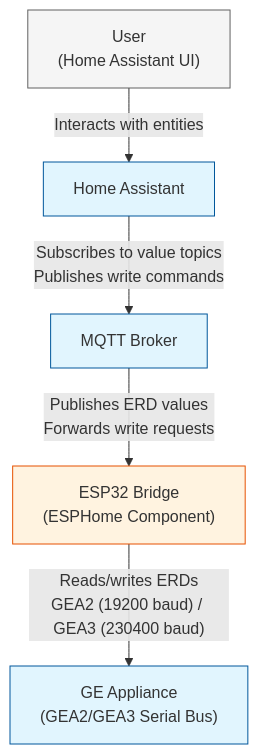
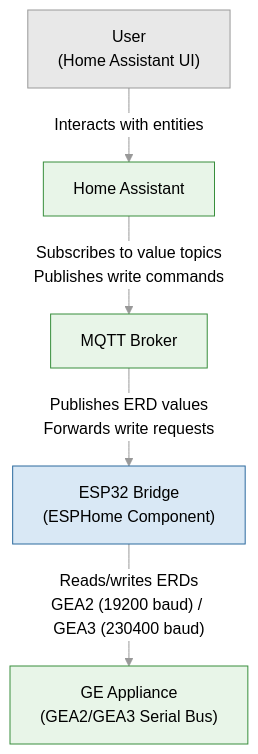
The first of 2 diagrams in docs/architecture/overview.md (eddietheengineer/home-assistant-bridge-esphome), drawn with Mermaid before and after one commit. The commit also changed other lines of this file and 9 other files, not shown here.

````diff
--- a/docs/architecture/overview.md
+++ b/docs/architecture/overview.md
@@ -17,21 +9,22 @@
 ```mermaid
+%%{init: {"theme":"neutral","themeVariables":{"primaryColor":"#4a90d9","primaryBorderColor":"#2c6a9e","primaryTextColor":"#1a1a1a","secondaryColor":"#d9e8f5","tertiaryColor":"#f0f0f0","lineColor":"#999999","clusterBkg":"#f5f5f5","clusterBorder":"#aaaaaa","fontFamily":"monospace","nodeBorder":"#888888","edgeLabelBackground":"#ffffff","actorBkg":"#e8e8e8","actorBorder":"#999999","actorTextColor":"#1a1a1a"}}}%%
 graph TB
     USER["User<br/>(Home Assistant UI)"]
     HA["Home Assistant"]
     BROKER["MQTT Broker"]
     BRIDGE["ESP32 Bridge<br/>(ESPHome Component)"]
     APPLIANCE["GE Appliance<br/>(GEA2/GEA3 Serial Bus)"]
 
     USER -->|"Interacts with entities"| HA
     HA -->|"Subscribes to value topics<br/>Publishes write commands"| BROKER
     BROKER -->|"Publishes ERD values<br/>Forwards write requests"| BRIDGE
     BRIDGE -->|"Reads/writes ERDs<br/>GEA2 (19200 baud) / GEA3 (230400 baud)"| APPLIANCE
 
-    classDef actor fill:#f5f5f5,stroke:#616161
-    classDef system fill:#fff3e0,stroke:#e65100
-    classDef external fill:#e1f5fe,stroke:#01579b
+    classDef actor fill:#e8e8e8,stroke:#999999
+    classDef system fill:#d9e8f5,stroke:#2c6a9e
+    classDef external fill:#e8f5e8,stroke:#388e3c
 
     class USER actor
     class BRIDGE system
     class HA,BROKER,APPLIANCE external
 ```
````
